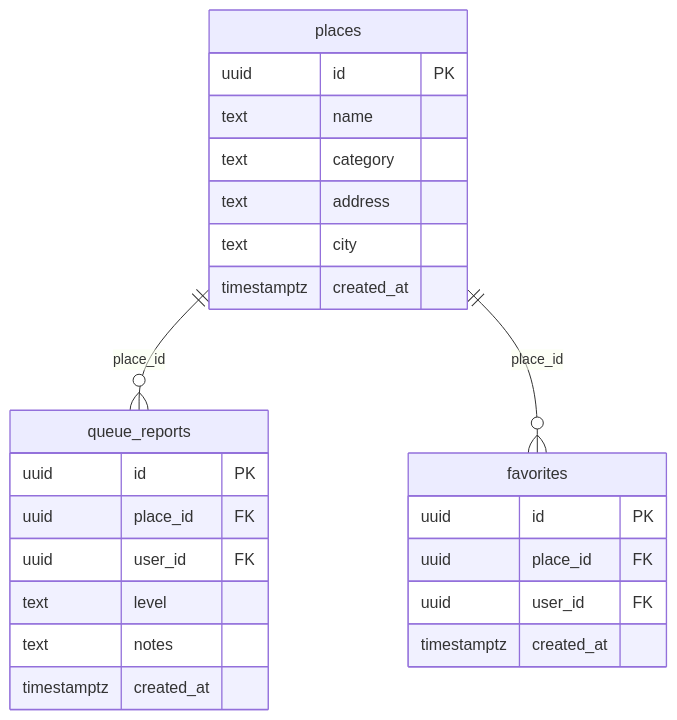
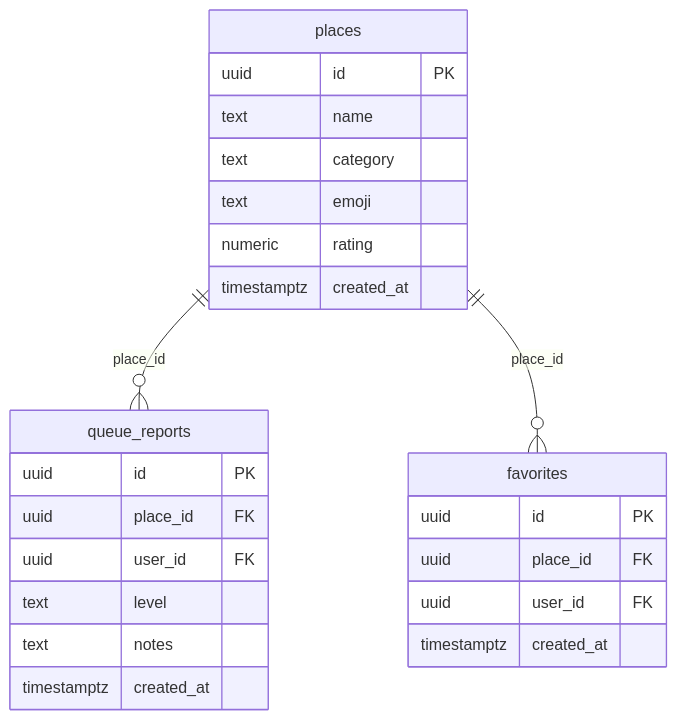
The diagram in README.md (lihilevii/queuego-react), drawn with Mermaid before and after one commit. The commit also changed other lines of this file, not shown here.

Commit message:
תיקון ERD בREADME (emoji/rating) וניסוח Google OAuth כפיצ'ר עתידי

````diff
--- a/README.md
+++ b/README.md
@@ -72,30 +72,30 @@
 ```mermaid
 erDiagram
     places {
         uuid id PK
         text name
         text category
-        text address
-        text city
+        text emoji
+        numeric rating
         timestamptz created_at
     }
 
     queue_reports {
         uuid id PK
         uuid place_id FK
         uuid user_id FK
         text level
         text notes
         timestamptz created_at
     }
 
     favorites {
         uuid id PK
         uuid place_id FK
         uuid user_id FK
         timestamptz created_at
     }
 
     places ||--o{ queue_reports : "place_id"
     places ||--o{ favorites : "place_id"
 ```
````
